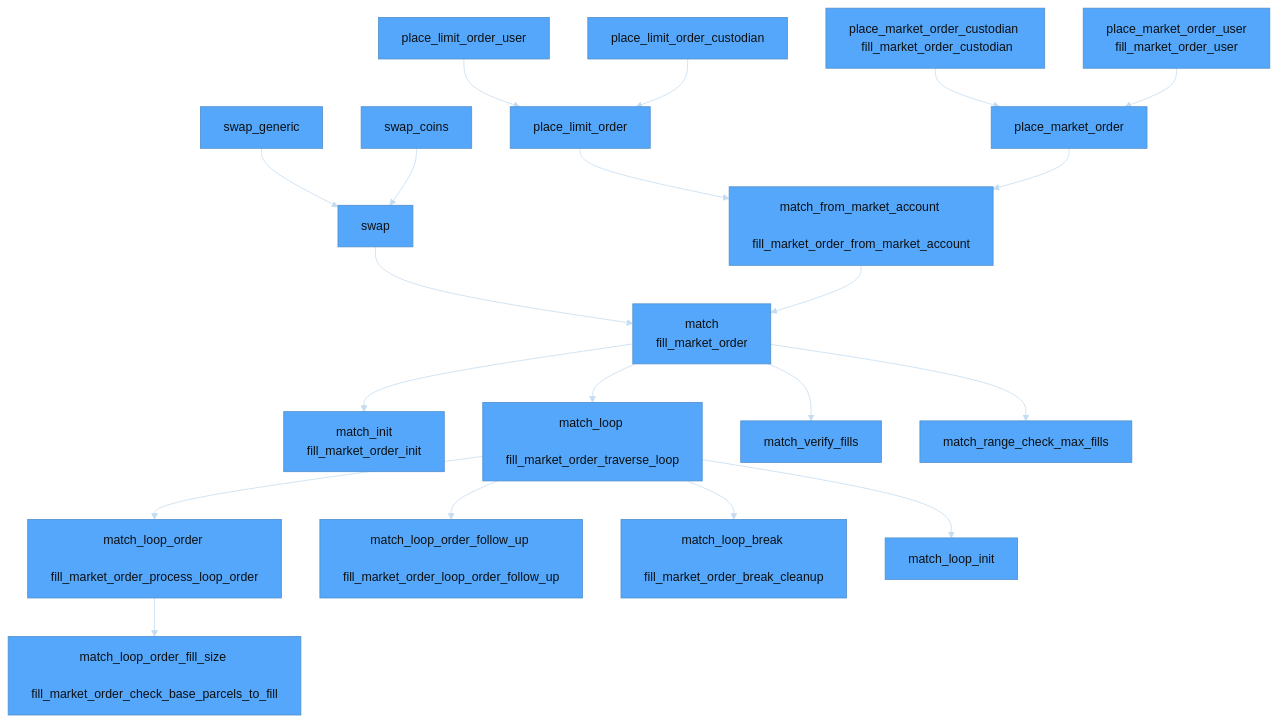
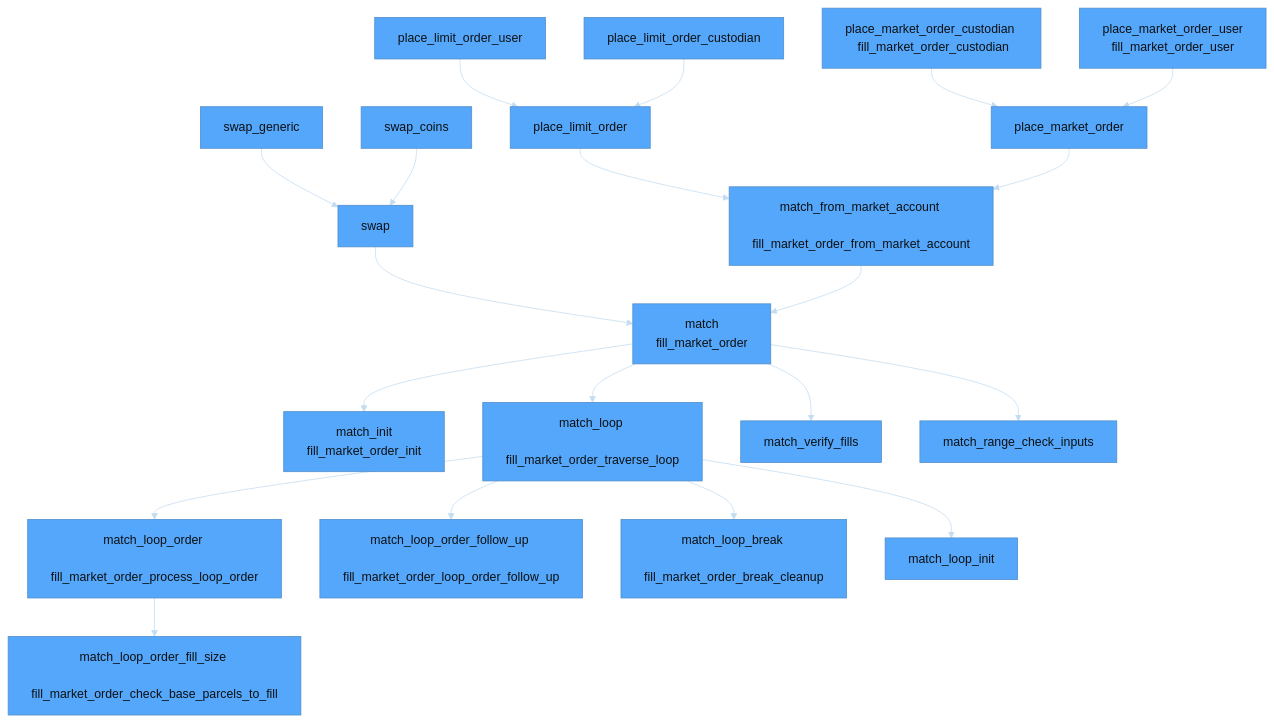
Before and after one commit to econia-labs/econia: the third of 3 diagrams in src/move/econia/dependencies.md, drawn with Mermaid. The commit also changed 2 other files, not shown here.

Commit message:
Add match range checking, alphabetize tests

````diff
--- a/src/move/econia/dependencies.md
+++ b/src/move/econia/dependencies.md
@@ -49,79 +49,79 @@
 ```mermaid
 
 %%{init: {'theme': 'base', 'themeVariables': {'primaryColor': '#54a7fa', 'lineColor': '#c4dcf1', 'primaryTextColor': '#0d1013', 'secondaryColor': '#c4dcf1'}}}%%
 
 flowchart TD
 
 %% Node definitions
 
     match[match <br/> fill_market_order]
     match_from_market_account[match_from_market_account <br/> fill_market_order_from_market_account]
     match_init[match_init <br> fill_market_order_init]
     swap[swap]
     place_market_order[place_market_order]
     place_market_order_custodian[place_market_order_custodian <br/> fill_market_order_custodian]
     place_market_order_user[place_market_order_user <br/> fill_market_order_user]
     place_limit_order[place_limit_order]
     place_limit_order_custodian[place_limit_order_custodian]
     place_limit_order_user[place_limit_order_user]
     match_loop[match_loop <br/> fill_market_order_traverse_loop]
     match_loop_order[match_loop_order <br/> fill_market_order_process_loop_order]
     match_loop_order_fill_size[match_loop_order_fill_size <br/> fill_market_order_check_base_parcels_to_fill]
     match_loop_order_follow_up[match_loop_order_follow_up <br/> fill_market_order_loop_order_follow_up]
     match_loop_break[match_loop_break <br/> fill_market_order_break_cleanup]
     swap_coins[swap_coins]
     swap_generic[swap_generic]
     match_verify_fills[match_verify_fills]
     match_loop_init[match_loop_init]
-    match_range_check_max_fills[match_range_check_max_fills]
+    match_range_check_inputs[match_range_check_inputs]
 
 %% Class definitions
 
     classDef partially_implemented fill:#a020f0 %% Purple
     classDef implemented fill:#32cd32 %% Lime Green
     classDef unimplemented fill:#708090 %% Slate Gray
 
     class match_verify_fills implemented;
     class swap_coins unimplemented;
     class swap_generic unimplemented
-    class match partially_implemented;
+    class match implemented;
     class match_from_market_account unimplemented;
     class match_init implemented;
     class swap unimplemented;
     class place_market_order unimplemented;
     class place_market_order_custodian unimplemented;
     class place_market_order_user unimplemented;
     class place_limit_order partially_implemented;
     class place_limit_order_custodian partially_implemented;
     class place_limit_order_user partially_implemented;
     class match_loop implemented;
     class match_loop_order implemented;
     class match_loop_order_fill_size implemented;
     class match_loop_order_follow_up implemented;
     class match_loop_break implemented;
     class match_loop_init implemented;
-    class match_range_check_max_fills unimplemented;
+    class match_range_check_inputs implemented;
 
 %% Node relationships
 
-    match --> match_range_check_max_fills
+    match --> match_range_check_inputs
     match --> match_verify_fills
     swap_generic --> swap
     swap_coins --> swap
     place_limit_order_user --> place_limit_order
     place_limit_order_custodian --> place_limit_order
     place_limit_order --> match_from_market_account
     place_market_order --> match_from_market_account
     place_market_order_custodian --> place_market_order
     swap --> match
     place_market_order_user --> place_market_order
     match --> match_init
     match --> match_loop
     match_from_market_account --> match
     match_loop_order --> match_loop_order_fill_size
     match_loop --> match_loop_init
     match_loop --> match_loop_order
     match_loop --> match_loop_order_follow_up
     match_loop --> match_loop_break
 
 ```
````
